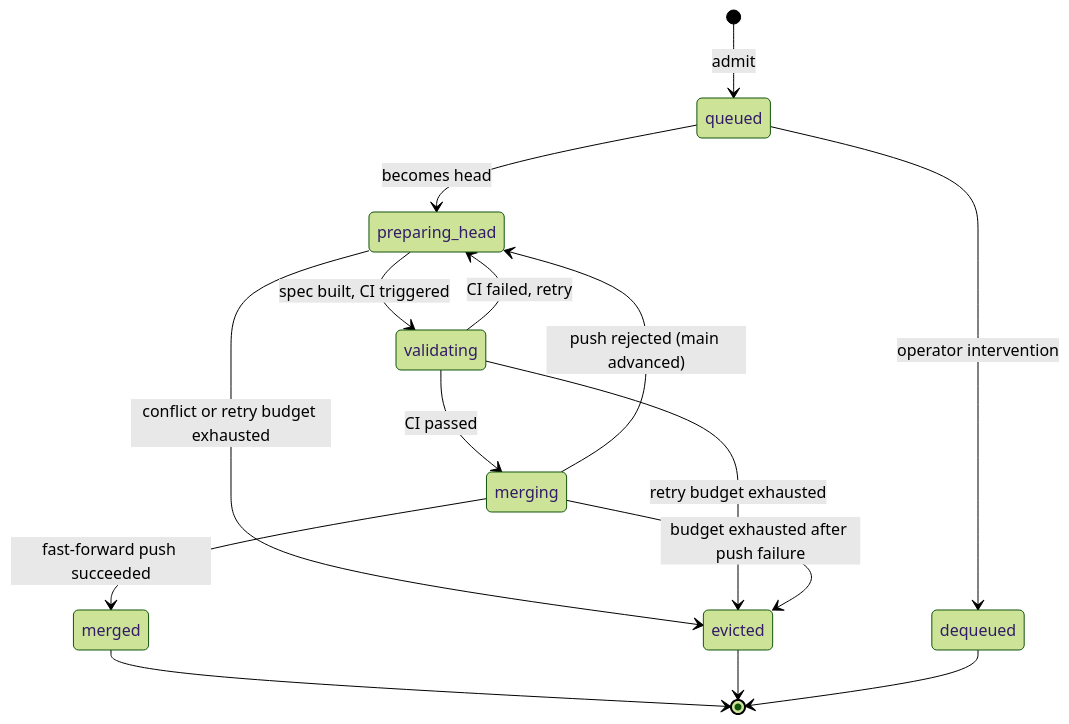
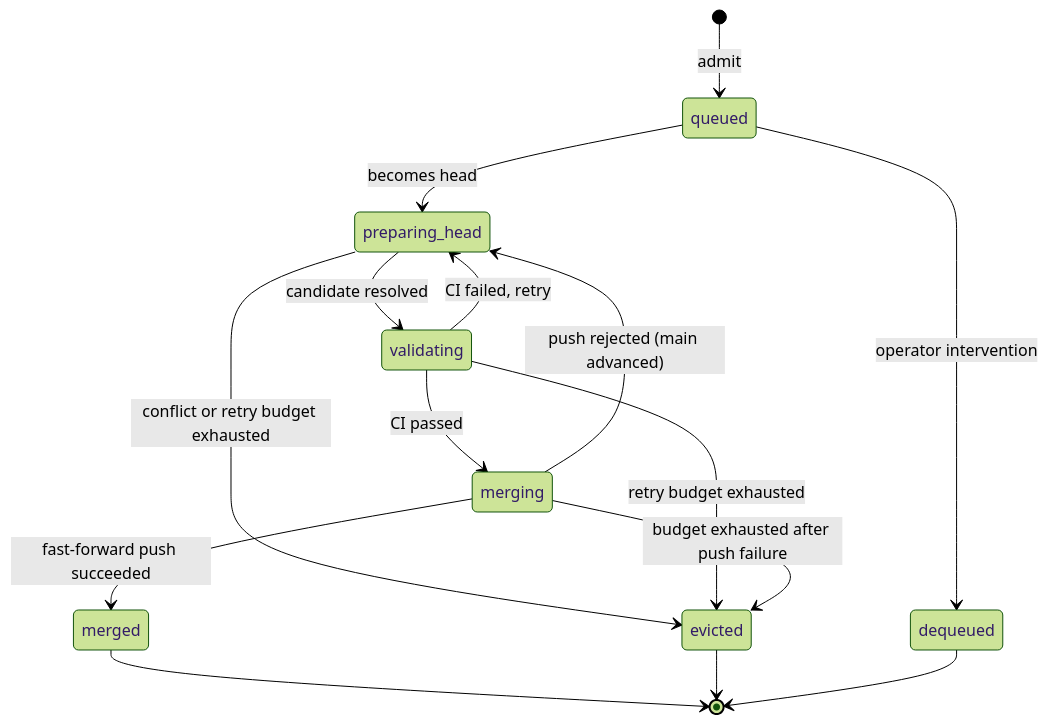
One commit to krasnoperov/patchrelay changed the second of 2 diagrams in docs/merge-queue.md. Above: the diagram before and after it, drawn with Mermaid (forest theme). The commit also changed other lines of this file and 17 other files, not shown here.

````diff
--- a/docs/merge-queue.md
+++ b/docs/merge-queue.md
@@ -70,17 +71,17 @@
 ```mermaid
 stateDiagram-v2
     [*] --> queued: admit
     queued --> preparing_head: becomes head
-    preparing_head --> validating: spec built, CI triggered
+    preparing_head --> validating: candidate resolved
     preparing_head --> evicted: conflict or retry budget exhausted
     validating --> merging: CI passed
     validating --> preparing_head: CI failed, retry
     validating --> evicted: retry budget exhausted
     merging --> merged: fast-forward push succeeded
     merging --> preparing_head: push rejected (main advanced)
     merging --> evicted: budget exhausted after push failure
     queued --> dequeued: operator intervention
     merged --> [*]
     evicted --> [*]
     dequeued --> [*]
 ```
````
